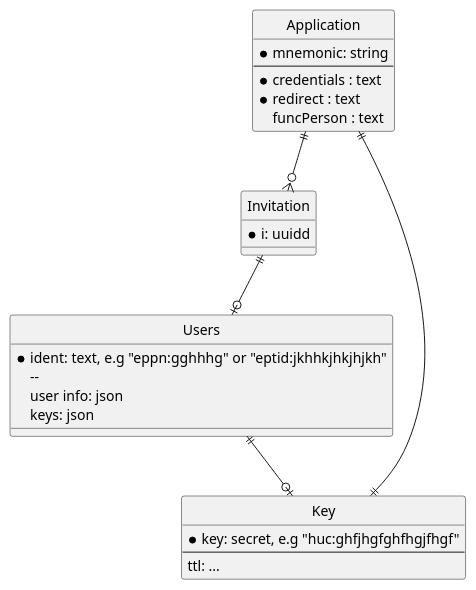
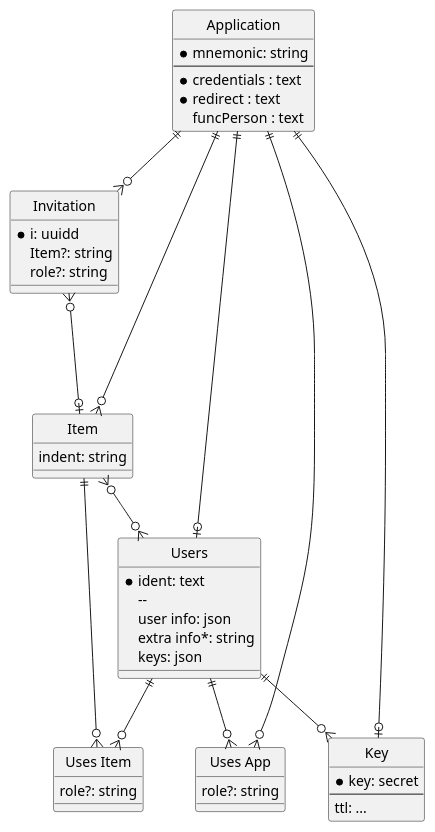
One commit to CLARIAH/sleutelkastje changed the diagram in datamodel.plantuml. Above: the diagram before and after it, drawn with PlantUML.

```diff
--- a/datamodel.plantuml
+++ b/datamodel.plantuml
@@ -1,37 +1,56 @@
 @startuml
 hide circle
-' skinparam linetype ortho
 
 entity "Application" as app {
   * mnemonic: string
   --
-  * credentials : text
+  *credentials : text
   *redirect : text
-    'eppn:... eptid:...
   funcPerson : text
+}
+
+entity "Item" as item {
+    indent: string
 }
 
 entity "Invitation" as invite {
     *i: uuidd
+    Item?: string
+    role?: string
+}
+
+entity "Uses Item" as ui {
+    role?: string
+}
+
+entity "Uses App" as ua {
+    role?: string
 }
 
 entity "Users" as user {
-     'eppn:... eptid:...
-   * ident: text, e.g "eppn:gghhhg" or "eptid:jkhhkjhkjhjkh"
+   * ident: text
     --
     user info: json
+    extra info*: string
     keys: json
 }
 
 entity "Key" as key {
-    *key: secret, e.g "huc:ghfjhgfghfhgjfhgf"
+    *key: secret
     --
     ttl: ...
 }
 
 app ||--o{ invite
-user ||--o| key
-key ||--||app
-invite ||--o| user
+user ||--o{ key
+key |o--|| app
+app ||--o| user
+app ||--o{ item
+item }o--o{ user
+invite }o---o| item
+user ||--o{ ui
+item ||--o{ ui
+user ||--o{ ua
+app ||--o{ ua
 
 @enduml
```
